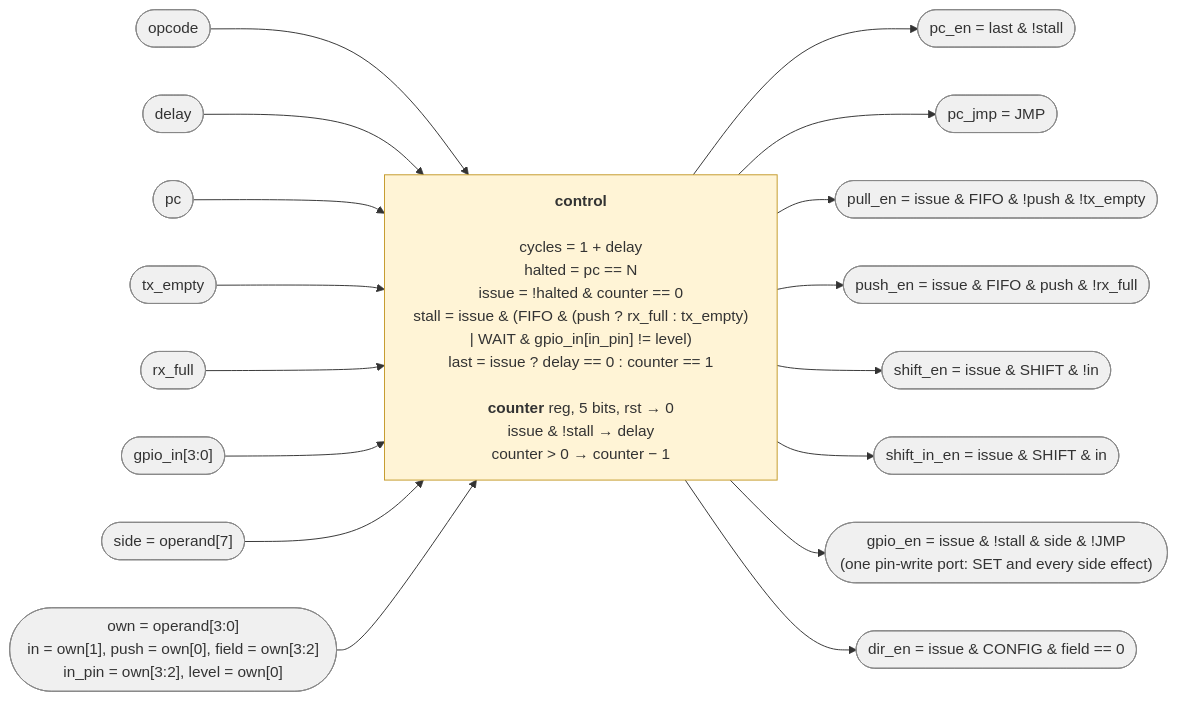
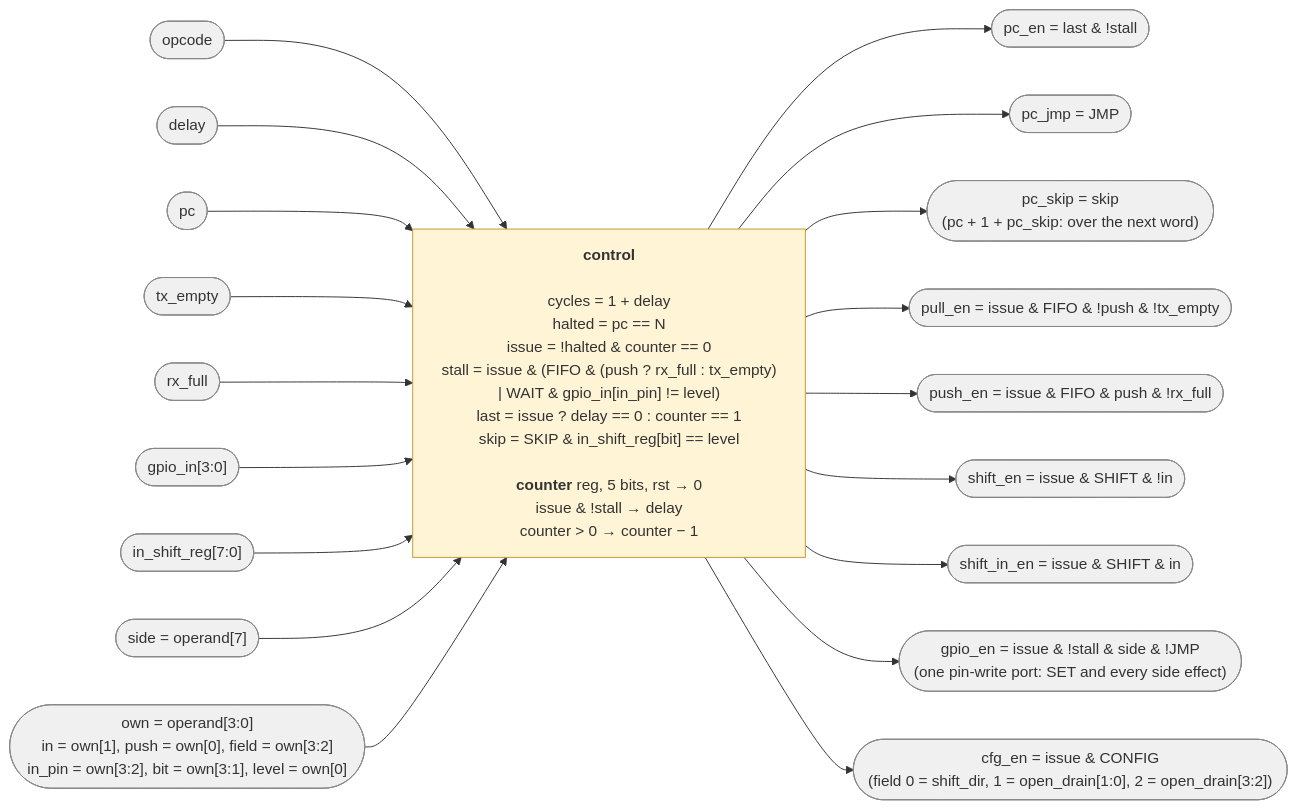
The diagram in docs/control.mmd (cshieldsce/smallcore), drawn with Mermaid before and after one commit. The commit also changed 11 other files, not shown here.

Commit message:
update diagrams for open drain pins, the config fields and skip

```diff
--- a/docs/control.mmd
+++ b/docs/control.mmd
@@ -1,45 +1,50 @@
 %%{init: {"flowchart": {"wrappingWidth": 440}}}%%
 %% The control block: what it reads, what it computes, what it drives. All combinational
 %% except the counter register. Signal names match core.svg. The opcode names stand for
-%% opcode == that value: NOP/SET = 000, SHIFT = 001, FIFO = 010, JMP = 011, CONFIG = 100, WAIT = 101.
+%% opcode == that value: NOP/SET = 000, SHIFT = 001, FIFO = 010, JMP = 011, CONFIG = 100, WAIT = 101,
+%% SKIP = 110.
 flowchart LR
   classDef sig fill:#f0f0f0,stroke:#888
   classDef reg fill:#dbe8ff,stroke:#4a6fa5
   classDef comb fill:#fff4d6,stroke:#c49a2a
 
   OPC(["opcode"]):::sig
   DLY(["delay"]):::sig
   PCV(["pc"]):::sig
   EMP(["tx_empty"]):::sig
   FUL(["rx_full"]):::sig
   GIN(["gpio_in[3:0]"]):::sig
+  ISR(["in_shift_reg[7:0]"]):::sig
   SIDE(["side = operand[7]"]):::sig
-  OWN(["own = operand[3:0]<br/>in = own[1], push = own[0], field = own[3:2]<br/>in_pin = own[3:2], level = own[0]"]):::sig
+  OWN(["own = operand[3:0]<br/>in = own[1], push = own[0], field = own[3:2]<br/>in_pin = own[3:2], bit = own[3:1], level = own[0]"]):::sig
 
-  CU["<b>control</b><br/><br/>cycles = 1 + delay<br/>halted = pc == N<br/>issue = !halted & counter == 0<br/>stall = issue & (FIFO & (push ? rx_full : tx_empty)<br/>| WAIT & gpio_in[in_pin] != level)<br/>last = issue ? delay == 0 : counter == 1<br/><br/><b>counter</b> reg, 5 bits, rst → 0<br/>issue & !stall → delay<br/>counter > 0 → counter − 1"]:::comb
+  CU["<b>control</b><br/><br/>cycles = 1 + delay<br/>halted = pc == N<br/>issue = !halted & counter == 0<br/>stall = issue & (FIFO & (push ? rx_full : tx_empty)<br/>| WAIT & gpio_in[in_pin] != level)<br/>last = issue ? delay == 0 : counter == 1<br/>skip = SKIP & in_shift_reg[bit] == level<br/><br/><b>counter</b> reg, 5 bits, rst → 0<br/>issue & !stall → delay<br/>counter > 0 → counter − 1"]:::comb
 
   PCI(["pc_en = last & !stall"]):::sig
   PCJ(["pc_jmp = JMP"]):::sig
+  PCS(["pc_skip = skip<br/>(pc + 1 + pc_skip: over the next word)"]):::sig
   PLE(["pull_en = issue & FIFO & !push & !tx_empty"]):::sig
   PSE(["push_en = issue & FIFO & push & !rx_full"]):::sig
   SHE(["shift_en = issue & SHIFT & !in"]):::sig
   SIE(["shift_in_en = issue & SHIFT & in"]):::sig
   PNE(["gpio_en = issue & !stall & side & !JMP<br/>(one pin-write port: SET and every side effect)"]):::sig
-  DIE(["dir_en = issue & CONFIG & field == 0"]):::sig
+  DIE(["cfg_en = issue & CONFIG<br/>(field 0 = shift_dir, 1 = open_drain[1:0], 2 = open_drain[3:2])"]):::sig
 
   OPC --> CU
   DLY --> CU
   PCV --> CU
   EMP --> CU
   FUL --> CU
   GIN --> CU
+  ISR --> CU
   SIDE --> CU
   OWN --> CU
   CU --> PCI
   CU --> PCJ
+  CU --> PCS
   CU --> PLE
   CU --> PSE
   CU --> SHE
   CU --> SIE
   CU --> PNE
   CU --> DIE
```
